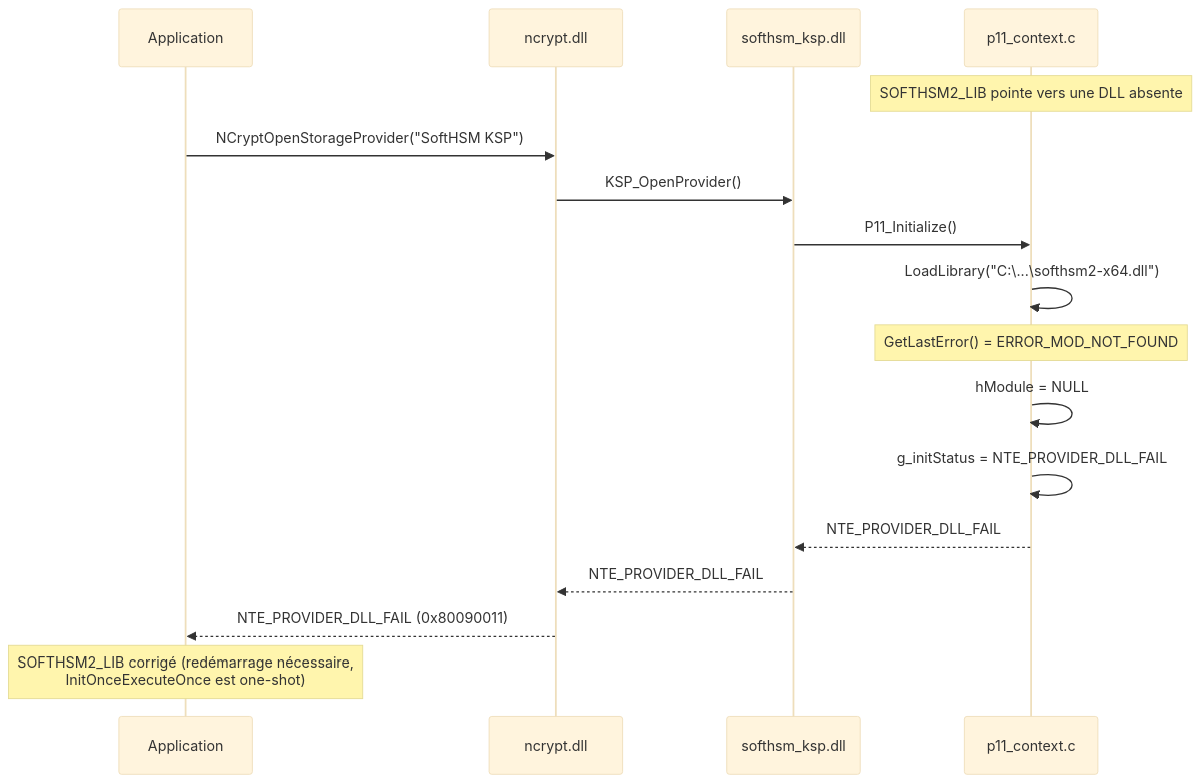
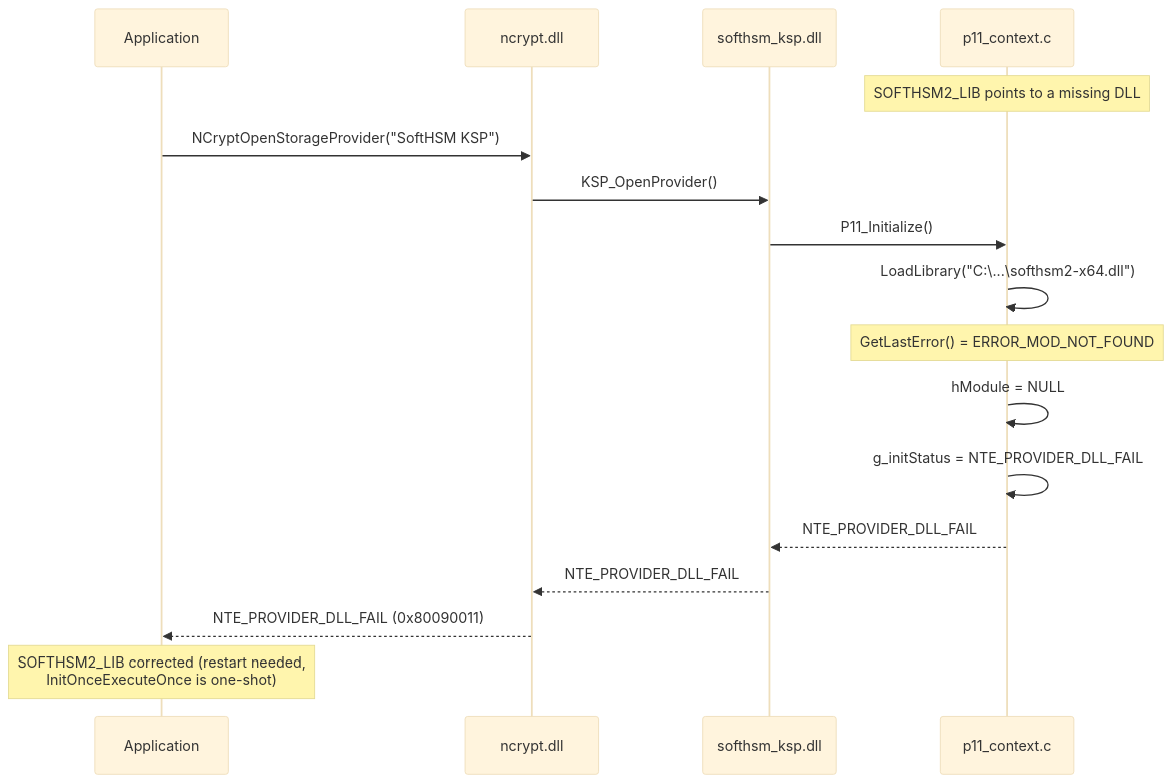
One commit to Gaillotte/Noida changed the fifth of 6 diagrams in softhsm_ksp/docs/08-flux-complets.md. Above: the diagram before and after it, drawn with Mermaid (base theme). The commit also changed other lines of this file and 9 other files, not shown here.

````diff
--- a/softhsm_ksp/docs/08-flux-complets.md
+++ b/softhsm_ksp/docs/08-flux-complets.md
@@ -169,23 +169,23 @@
 ```mermaid
 sequenceDiagram
     participant App as Application
     participant NCrypt as ncrypt.dll
     participant KSP as softhsm_ksp.dll
     participant P11 as p11_context.c
 
-    note over P11: SOFTHSM2_LIB pointe vers une DLL absente
+    note over P11: SOFTHSM2_LIB points to a missing DLL
 
     App->>NCrypt: NCryptOpenStorageProvider("SoftHSM KSP")
     NCrypt->>KSP: KSP_OpenProvider()
     KSP->>P11: P11_Initialize()
     P11->>P11: LoadLibrary("C:\...\softhsm2-x64.dll")
     note over P11: GetLastError() = ERROR_MOD_NOT_FOUND
     P11->>P11: hModule = NULL
     P11->>P11: g_initStatus = NTE_PROVIDER_DLL_FAIL
     P11-->>KSP: NTE_PROVIDER_DLL_FAIL
 
     KSP-->>NCrypt: NTE_PROVIDER_DLL_FAIL
     NCrypt-->>App: NTE_PROVIDER_DLL_FAIL (0x80090011)
 
-    note over App: SOFTHSM2_LIB corrigé (redémarrage nécessaire,<br/>InitOnceExecuteOnce est one-shot)
+    note over App: SOFTHSM2_LIB corrected (restart needed,<br/>InitOnceExecuteOnce is one-shot)
 ```
````
